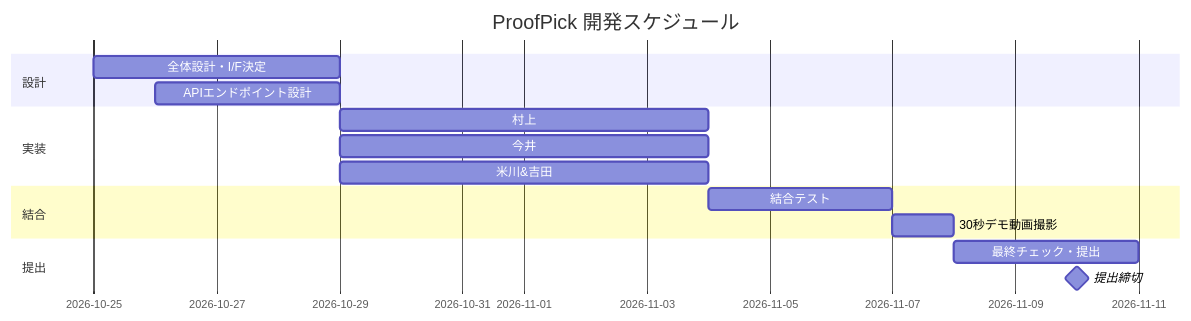
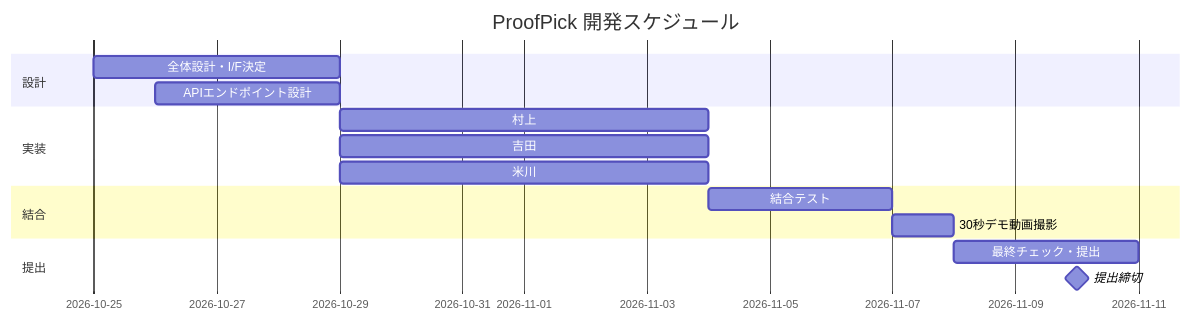
The diagram in README.md (sururu-k/ProofPick), drawn with Mermaid before and after one commit. The commit also changed other lines of this file and 2 other files, not shown here.

````diff
--- a/README.md
+++ b/README.md
@@ -54,18 +54,18 @@
 ```mermaid
 gantt
     title ProofPick 開発スケジュール
     dateFormat  YYYY-MM-DD
     section 設計
     全体設計・I/F決定        :2026-10-25, 4d
     APIエンドポイント設計    :2026-10-26, 3d
     section 実装
     村上: 暗号・分岐器・PII  :2026-10-29, 6d
-    今井: API・MCP・ロボ制御 :2026-10-29, 6d
-    米川&吉田: Web基盤       :2026-10-29, 6d
+    吉田: API・MCP・ロボ制御 :2026-10-29, 6d
+    米川: Web基盤            :2026-10-29, 6d
     section 結合
     結合テスト               :2026-11-04, 3d
     30秒デモ動画撮影         :2026-11-07, 1d
     section 提出
     最終チェック・提出       :2026-11-08, 3d
     提出締切                 :milestone, 2026-11-10, 0d
 ```
````
